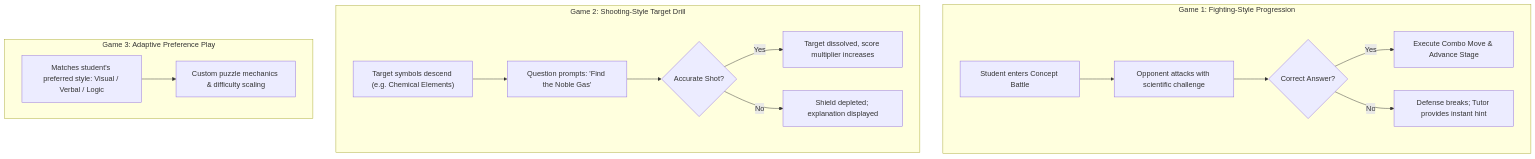
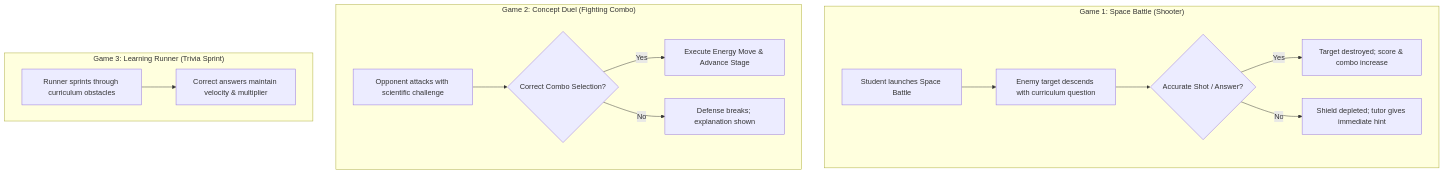
Before and after one commit to aitutor5566-maker/STUDYAI: the fourth of 5 diagrams in README.md, drawn with Mermaid. The commit also changed other lines of this file and 4 other files, not shown here.

Commit message:
docs: add adaptive tutor architecture diagrams and updated README

````diff
--- a/README.md
+++ b/README.md
@@ -456,20 +266,19 @@
 ```mermaid
 flowchart TD
-    subgraph Game1["Game 1: Fighting-Style Progression"]
-        G1A["Student enters Concept Battle"] --> G1B["Opponent attacks with scientific challenge"]
-        G1B --> G1C{"Correct Answer?"}
-        G1C -- Yes --> G1D["Execute Combo Move & Advance Stage"]
-        G1C -- No --> G1E["Defense breaks; Tutor provides instant hint"]
+    subgraph Game1["Game 1: Space Battle (Shooter)"]
+        G1A["Student launches Space Battle"] --> G1B["Enemy target descends with curriculum question"]
+        G1B --> G1C{"Accurate Shot / Answer?"}
+        G1C -- Yes --> G1D["Target destroyed; score &amp; combo increase"]
+        G1C -- No --> G1E["Shield depleted; tutor gives immediate hint"]
     end
 
-    subgraph Game2["Game 2: Shooting-Style Target Drill"]
-        G2A["Target symbols descend (e.g. Chemical Elements)"] --> G2B["Question prompts: 'Find the Noble Gas'"]
-        G2B --> G2C{"Accurate Shot?"}
-        G2C -- Yes --> G2D["Target dissolved, score multiplier increases"]
-        G2C -- No --> G2E["Shield depleted; explanation displayed"]
+    subgraph Game2["Game 2: Concept Duel (Fighting Combo)"]
+        G2A["Opponent attacks with scientific challenge"] --> G2B{"Correct Combo Selection?"}
+        G2B -- Yes --> G2C["Execute Energy Move &amp; Advance Stage"]
+        G2B -- No --> G2D["Defense breaks; explanation shown"]
     end
 
-    subgraph Game3["Game 3: Adaptive Preference Play"]
-        G3A["Matches student's preferred style: Visual / Verbal / Logic"] --> G3B["Custom puzzle mechanics & difficulty scaling"]
+    subgraph Game3["Game 3: Learning Runner (Trivia Sprint)"]
+        G3A["Runner sprints through curriculum obstacles"] --> G3B["Correct answers maintain velocity &amp; multiplier"]
     end
 ```
````
